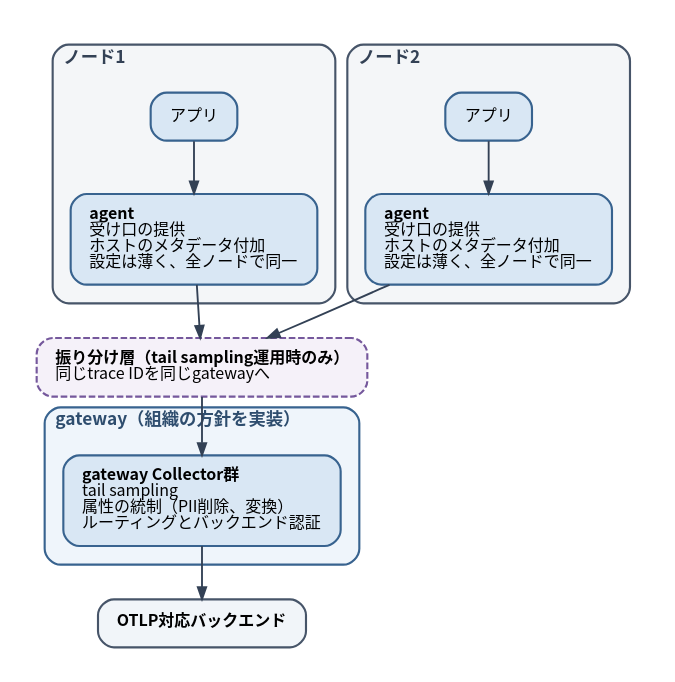
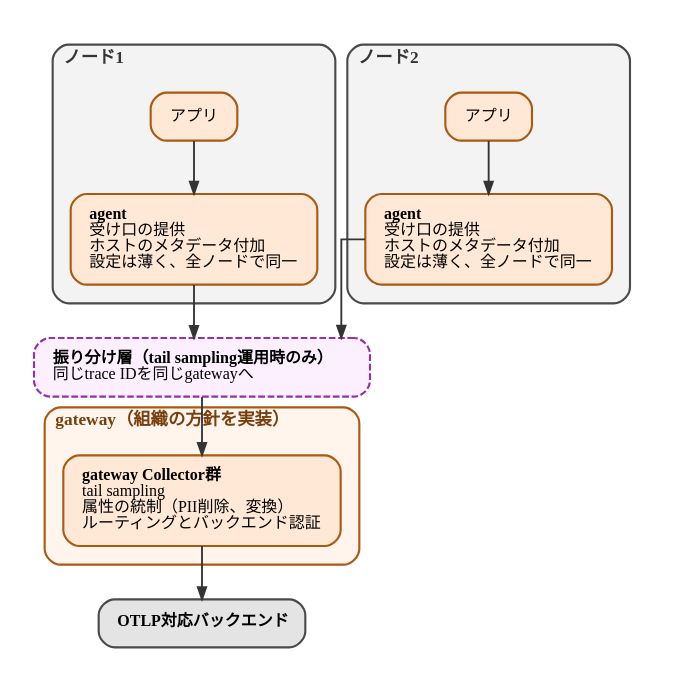
One commit to ymotongpoo/zenn.dev changed the diagram in diagrams/observability-platform-with-otel/20260926-agent-gateway.dot. Above: the diagram before and after it, drawn with Graphviz. The commit also changed 33 other files, not shown here.

First line of the commit message:
fix(otel-platform): 図16枚を book-diagram-graphviz の規範へ移行する

```diff
--- a/diagrams/observability-platform-with-otel/20260926-agent-gateway.dot
+++ b/diagrams/observability-platform-with-otel/20260926-agent-gateway.dot
@@ -1,56 +1,56 @@
 // agentとgatewayの2段トポロジー
 digraph agent_gateway {
   graph [
-    fontname="Harano Aji Gothic,Noto Sans CJK JP,IPAGothic", fontsize=13,
-    rankdir=TB, compound=true, splines=true,
+    fontname="IBM Plex Sans JP", fontsize=13,
+    rankdir=TB, compound=true, splines=ortho,
     nodesep=0.5, ranksep=0.55, pad=0.25,
     bgcolor="white", newrank=true
   ];
   node [
-    fontname="Harano Aji Gothic,Noto Sans CJK JP,IPAGothic", fontsize=12,
+    fontname="IBM Plex Sans JP", fontsize=12,
     shape=box, style="rounded,filled",
-    fillcolor="#F1F5F9", color="#475569", penwidth=1.6,
+    fillcolor="#E4E4E4", color="#4A4A4A", penwidth=1.6,
     margin="0.2,0.14"
   ];
   edge [
-    fontname="Harano Aji Gothic,Noto Sans CJK JP,IPAGothic", fontsize=11,
-    color="#334155", penwidth=1.4, arrowsize=0.9,
-    fontcolor="#1E293B"
+    fontname="IBM Plex Sans JP", fontsize=11,
+    color="#343434", penwidth=1.4, arrowsize=0.9,
+    fontcolor="#171717"
   ];
 
   subgraph cluster_node1 {
     label=<<b>ノード1</b>>;
     labeljust="l"; style="rounded"; penwidth=1.6;
-    color="#475569"; bgcolor="#F4F6F8"; fontcolor="#334155"; margin=14;
-    app1 [label="アプリ", fillcolor="#D9E7F4", color="#38638F"];
-    agent1 [label=<<b>agent</b><br align="left"/>受け口の提供<br align="left"/>ホストのメタデータ付加<br align="left"/>設定は薄く、全ノードで同一<br align="left"/>>, fillcolor="#D9E7F4", color="#38638F"];
+    color="#4A4A4A"; bgcolor="#F3F3F3"; fontcolor="#343434"; margin=14;
+    app1 [label="アプリ", fillcolor="#FFE9D6", color="#AB5A13"];
+    agent1 [label=<<b>agent</b><br align="left"/>受け口の提供<br align="left"/>ホストのメタデータ付加<br align="left"/>設定は薄く、全ノードで同一<br align="left"/>>, fillcolor="#FFE9D6", color="#AB5A13"];
     app1 -> agent1;
   }
 
   // agentの役割は全ノードで同一。図の2箱は同じものを表す
 
   subgraph cluster_node2 {
     label=<<b>ノード2</b>>;
     labeljust="l"; style="rounded"; penwidth=1.6;
-    color="#475569"; bgcolor="#F4F6F8"; fontcolor="#334155"; margin=14;
-    app2 [label="アプリ", fillcolor="#D9E7F4", color="#38638F"];
-    agent2 [label=<<b>agent</b><br align="left"/>受け口の提供<br align="left"/>ホストのメタデータ付加<br align="left"/>設定は薄く、全ノードで同一<br align="left"/>>, fillcolor="#D9E7F4", color="#38638F"];
+    color="#4A4A4A"; bgcolor="#F3F3F3"; fontcolor="#343434"; margin=14;
+    app2 [label="アプリ", fillcolor="#FFE9D6", color="#AB5A13"];
+    agent2 [label=<<b>agent</b><br align="left"/>受け口の提供<br align="left"/>ホストのメタデータ付加<br align="left"/>設定は薄く、全ノードで同一<br align="left"/>>, fillcolor="#FFE9D6", color="#AB5A13"];
     app2 -> agent2;
   }
 
-  lb [label=<<b>振り分け層（tail sampling運用時のみ）</b><br align="left"/>同じtrace IDを同じgatewayへ<br align="left"/>>, fillcolor="#F5F1F9", color="#75589C", style="rounded,filled,dashed"];
+  lb [label=<<b>振り分け層（tail sampling運用時のみ）</b><br align="left"/>同じtrace IDを同じgatewayへ<br align="left"/>>, fillcolor="#FCF0FE", color="#9430A9", style="rounded,filled,dashed"];
 
   subgraph cluster_gateway {
     label=<<b>gateway（組織の方針を実装）</b>>;
     labeljust="l"; style="rounded"; penwidth=1.6;
-    color="#38638F"; bgcolor="#EFF5FB"; fontcolor="#2E4D6E"; margin=14;
-    gw [label=<<b>gateway Collector群</b><br align="left"/>tail sampling<br align="left"/>属性の統制（PII削除、変換）<br align="left"/>ルーティングとバックエンド認証<br align="left"/>>, fillcolor="#D9E7F4", color="#38638F"];
+    color="#AB5A13"; bgcolor="#FFF5ED"; fontcolor="#783F0E"; margin=14;
+    gw [label=<<b>gateway Collector群</b><br align="left"/>tail sampling<br align="left"/>属性の統制（PII削除、変換）<br align="left"/>ルーティングとバックエンド認証<br align="left"/>>, fillcolor="#FFE9D6", color="#AB5A13"];
   }
 
   backend [label=<<b>OTLP対応バックエンド</b>>];
 
   agent1 -> lb;
   agent2 -> lb;
   lb -> gw;
   gw -> backend;
 }
```
